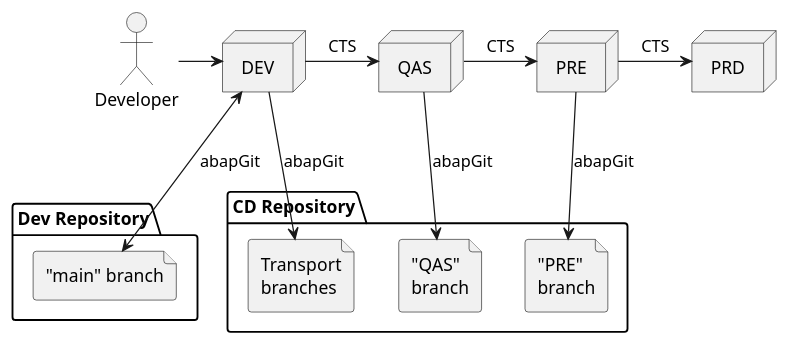
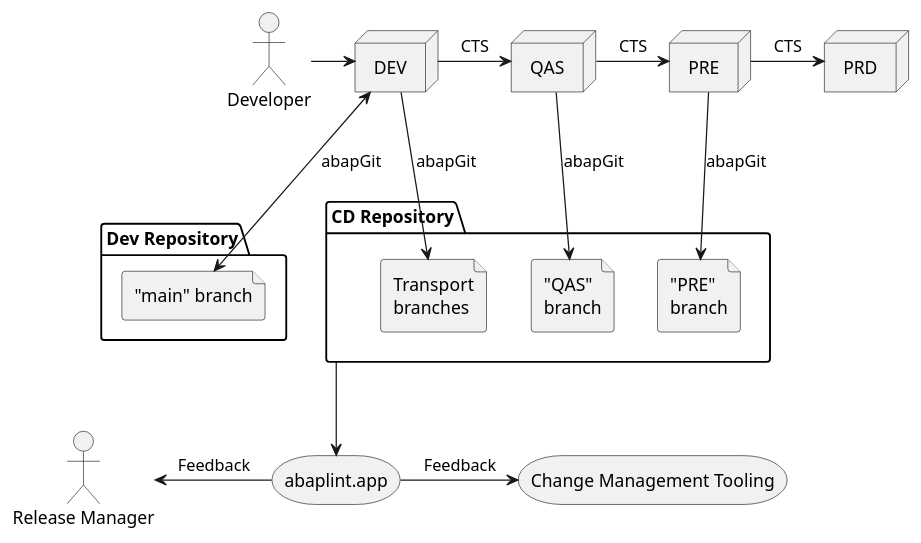
The first of 2 diagrams in src/deployment.adoc (heliconialabs/practical-ci-cd-for-abap), drawn with PlantUML before and after one commit. The commit also changed other lines of this file and 1 other file, not shown here.

```diff
--- a/src/deployment.adoc
+++ b/src/deployment.adoc
@@ -17,32 +17,39 @@
 [plantuml]
 ....
 skinparam monochrome true
 
 actor Developer
+actor "Release Manager" as rmanager
 
 package "Dev Repository" {
   file ""main" branch"as git
 }
 
 node DEV
 node QAS
 node PRE
 node PRD
+storage abaplint.app
+storage "Change Management Tooling" as crtool
 
 Developer -> DEV
 git <-up-> DEV: abapGit
 
-package "CD Repository" {
+package "CD Repository" as cdr {
   file "Transport\nbranches" as UC1
   file ""QAS"\nbranch" as UC2
   file ""PRE"\nbranch" as UC3
 }
 
 DEV -> QAS: CTS
 QAS -> PRE: CTS
 PRE -> PRD: CTS
 
 DEV -down-> UC1: abapGit
 QAS -down-> UC2: abapGit
 PRE -> UC3: abapGit
+
+cdr -down-> abaplint.app
+abaplint.app -left-> rmanager: Feedback
+abaplint.app -> crtool: Feedback
 ....
```
